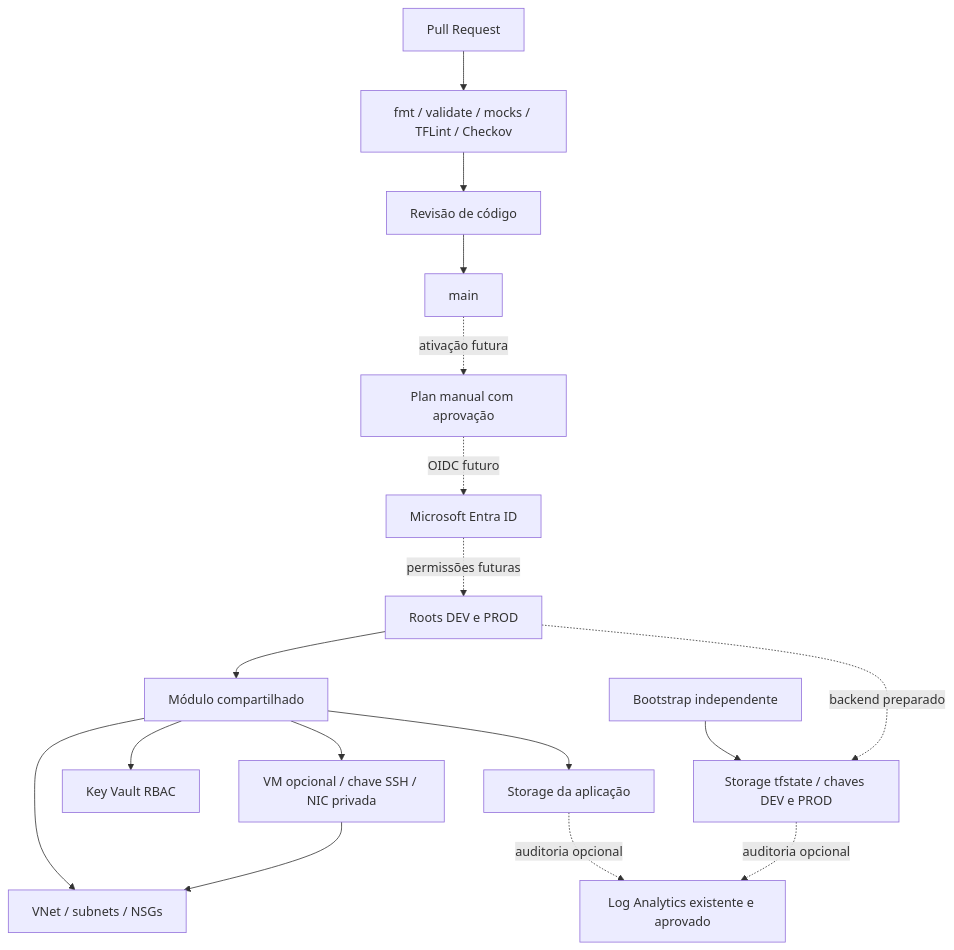
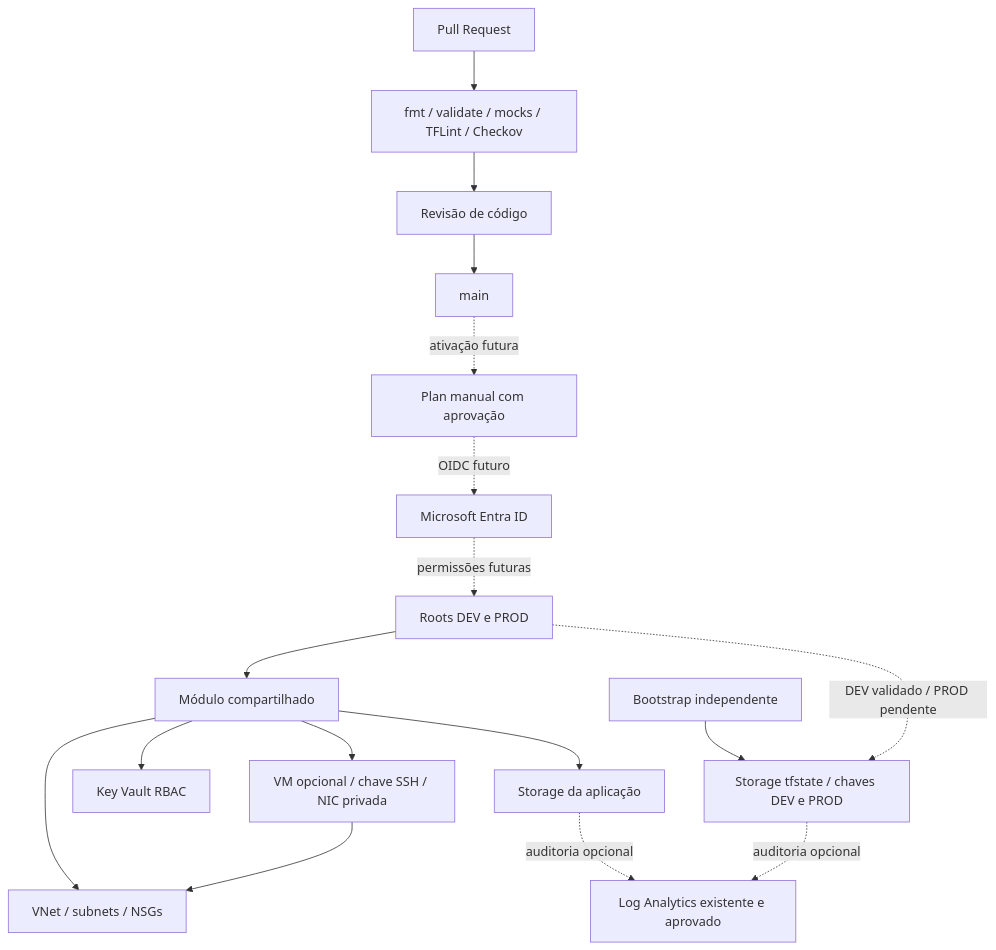
Before and after one commit to brunokdalcastel/terraform-azure-infra: the diagram in docs/architecture.md, drawn with Mermaid. The commit also changed other lines of this file and 1 other file, not shown here.

Commit message:
docs: illustrate Azure architecture in README (#21)

````diff
--- a/docs/architecture.md
+++ b/docs/architecture.md
@@ -6,19 +8,19 @@
 ```mermaid
 flowchart TD
   PR[Pull Request] --> CI[fmt / validate / mocks / TFLint / Checkov]
   CI --> Review[Revisão de código]
   Review --> Main[main]
   Main -. ativação futura .-> Manual[Plan manual com aprovação]
   Manual -. OIDC futuro .-> Entra[Microsoft Entra ID]
   Entra -. permissões futuras .-> Roots[Roots DEV e PROD]
   Roots --> Shared[Módulo compartilhado]
   Shared --> Network[VNet / subnets / NSGs]
   Shared --> Storage[Storage da aplicação]
   Shared --> KV[Key Vault RBAC]
   Shared --> VM[VM opcional / chave SSH / NIC privada]
   VM --> Network
   Storage -. auditoria opcional .-> Logs[Log Analytics existente e aprovado]
   Bootstrap[Bootstrap independente] --> State[Storage tfstate / chaves DEV e PROD]
-  Roots -. backend preparado .-> State
+  Roots -. DEV validado / PROD pendente .-> State
   State -. auditoria opcional .-> Logs
 ```
````
